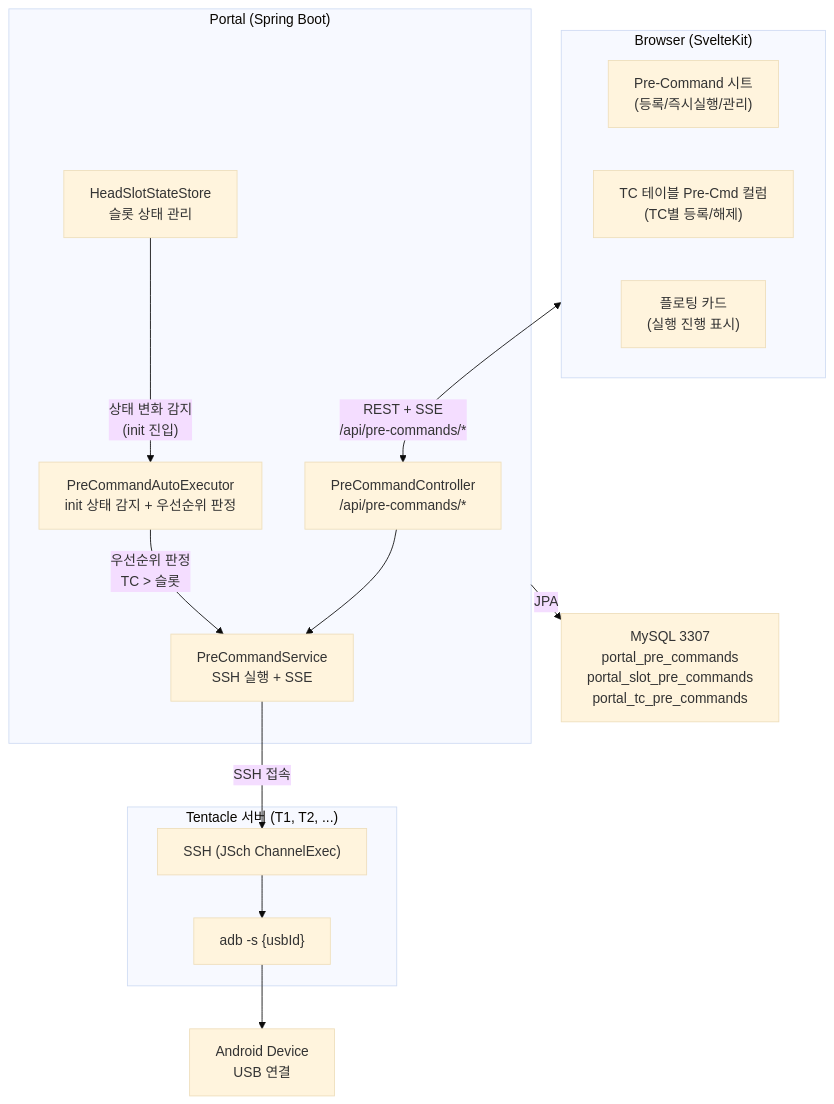
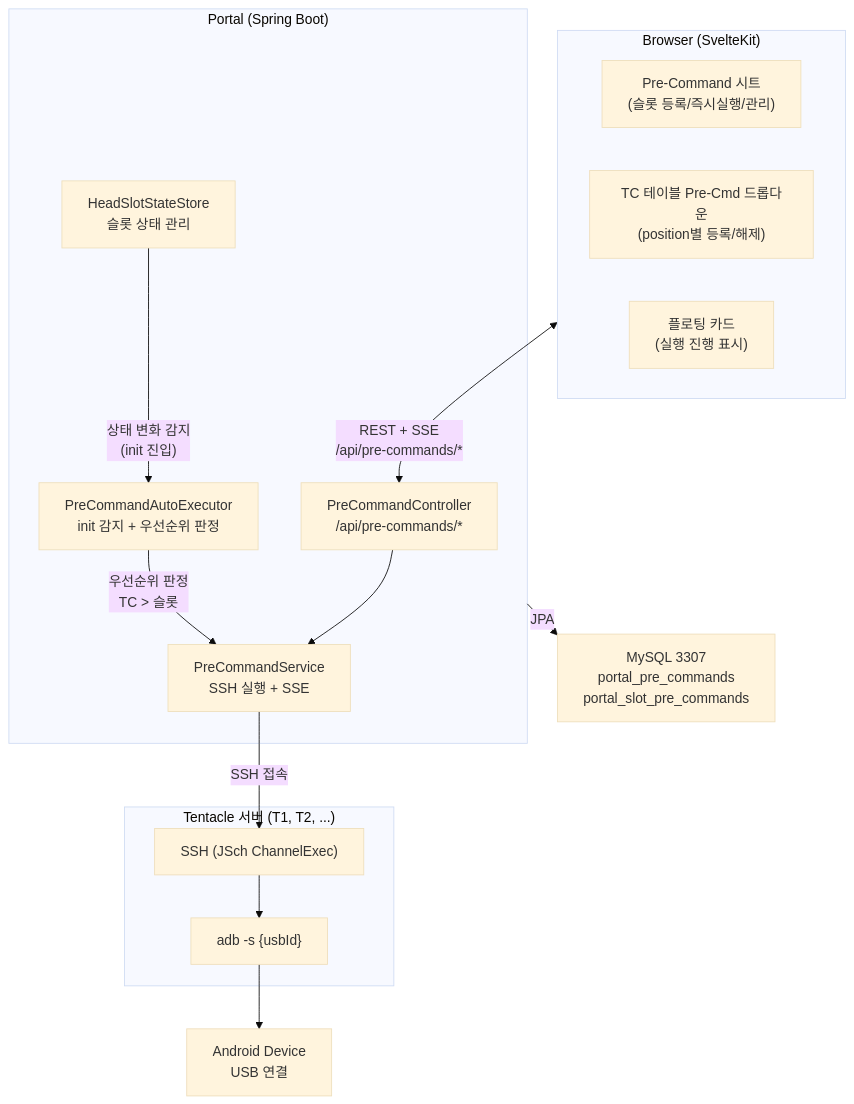
Before and after one commit to kakaromo/kakaromo.github.io: the first of 3 diagrams in src/content/docs/architecture/pre-command.md, drawn with Mermaid (base theme). The commit also changed other lines of this file and 3 other files, not shown here.

First line of the commit message:
docs: Pre-Command 문서 개편 — position 기반 통합 구조, Mockup, DB 흐름

````diff
--- a/src/content/docs/architecture/pre-command.md
+++ b/src/content/docs/architecture/pre-command.md
@@ -10,31 +10,31 @@
 ```mermaid
 flowchart TD
     subgraph Browser ["Browser (SvelteKit)"]
-        UI["Pre-Command 시트\n(등록/즉시실행/관리)"]
-        TC_UI["TC 테이블 Pre-Cmd 컬럼\n(TC별 등록/해제)"]
+        UI["Pre-Command 시트\n(슬롯 등록/즉시실행/관리)"]
+        TC_UI["TC 테이블 Pre-Cmd 드롭다운\n(position별 등록/해제)"]
         FC["플로팅 카드\n(실행 진행 표시)"]
     end
 
     subgraph Portal ["Portal (Spring Boot)"]
         CTRL["PreCommandController\n/api/pre-commands/*"]
         SVC["PreCommandService\nSSH 실행 + SSE"]
-        AUTO["PreCommandAutoExecutor\ninit 상태 감지 + 우선순위 판정"]
+        AUTO["PreCommandAutoExecutor\ninit 감지 + 우선순위 판정"]
         STORE["HeadSlotStateStore\n슬롯 상태 관리"]
     end
 
     subgraph Tentacle ["Tentacle 서버 (T1, T2, ...)"]
         SSH["SSH (JSch ChannelExec)"]
         ADB["adb -s {usbId}"]
     end
 
     Browser <-->|"REST + SSE\n/api/pre-commands/*"| CTRL
     CTRL --> SVC
     SVC -->|"SSH 접속"| SSH
     SSH --> ADB
     ADB --> Device["Android Device\nUSB 연결"]
 
     STORE -->|"상태 변화 감지\n(init 진입)"| AUTO
     AUTO -->|"우선순위 판정\nTC > 슬롯"| SVC
 
-    Portal -->|JPA| DB["MySQL 3307\nportal_pre_commands\nportal_slot_pre_commands\nportal_tc_pre_commands"]
+    Portal -->|JPA| DB["MySQL 3307\nportal_pre_commands\nportal_slot_pre_commands"]
 ```
````
